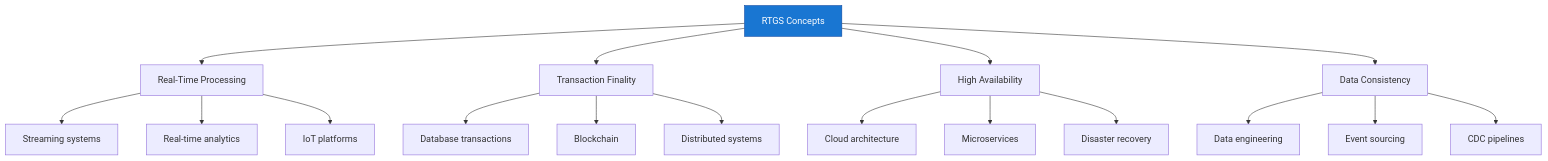
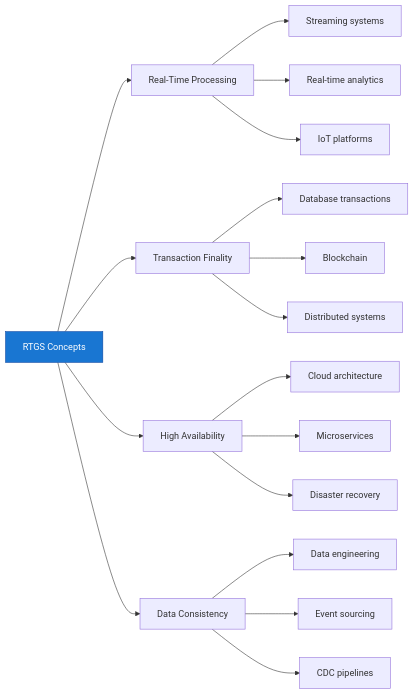
The sixth of 6 diagrams in _posts/2025/12/Understanding-RTGS-Core-Concepts.md (neoalienson/neo01.com-source), drawn with Mermaid before and after one commit.

Commit message:
update digram

````diff
--- a/_posts/2025/12/Understanding-RTGS-Core-Concepts.md
+++ b/_posts/2025/12/Understanding-RTGS-Core-Concepts.md
@@ -555,27 +555,27 @@
 ```mermaid
-graph TB
+graph LR
     A["RTGS Concepts"]
     
     A --> B["Real-Time Processing"]
     A --> C["Transaction Finality"]
     A --> D["High Availability"]
     A --> E["Data Consistency"]
     
     B --> B1[Streaming systems]
     B --> B2[Real-time analytics]
     B --> B3[IoT platforms]
     
     C --> C1[Database transactions]
     C --> C2[Blockchain]
     C --> C3[Distributed systems]
     
     D --> D1[Cloud architecture]
     D --> D2[Microservices]
     D --> D3[Disaster recovery]
     
     E --> E1[Data engineering]
     E --> E2[Event sourcing]
     E --> E3[CDC pipelines]
     
     style A fill:#1976d2,stroke:#0d47a1,color:#fff
 ```
````
